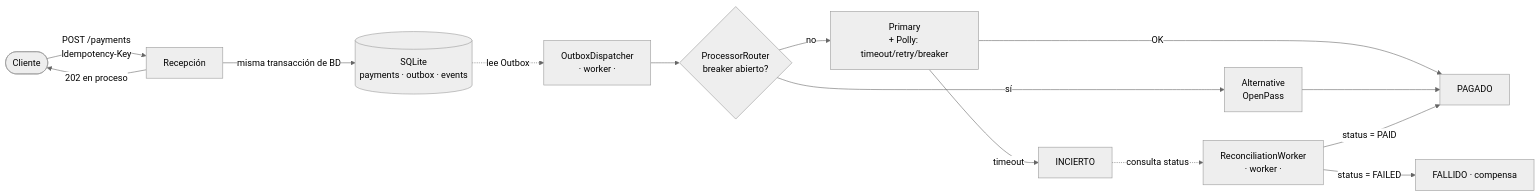
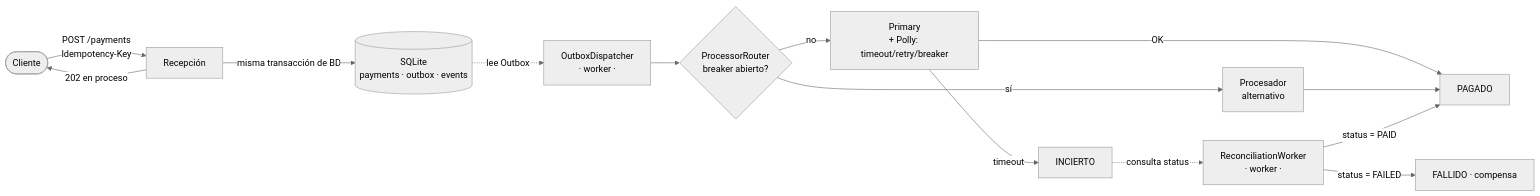
Before and after one commit to jbaldi/apiTransacciones: the first of 2 diagrams in README.md, drawn with Mermaid (neutral theme). The commit also changed other lines of this file and 7 other files, not shown here.

````diff
--- a/README.md
+++ b/README.md
@@ -35,16 +35,16 @@
 ```mermaid
 flowchart LR
     C([Cliente]) -->|POST /payments<br/>Idempotency-Key| R[Recepción]
     R -->|misma transacción de BD| DB[(SQLite<br/>payments · outbox · events)]
     R -->|202 en proceso| C
     DB -.->|lee Outbox| D[OutboxDispatcher<br/>· worker ·]
     D --> RT{ProcessorRouter<br/>breaker abierto?}
     RT -->|no| P[Primary<br/>+ Polly: timeout/retry/breaker]
-    RT -->|sí| A[Alternative<br/>OpenPass]
+    RT -->|sí| A[Procesador<br/>alternativo]
     P -->|OK| PAG[PAGADO]
     P -->|timeout| INC[INCIERTO]
     A --> PAG
     INC -.->|consulta status| REC[ReconciliationWorker<br/>· worker ·]
     REC -->|status = PAID| PAG
     REC -->|status = FAILED| FAIL[FALLIDO · compensa]
 ```
````
